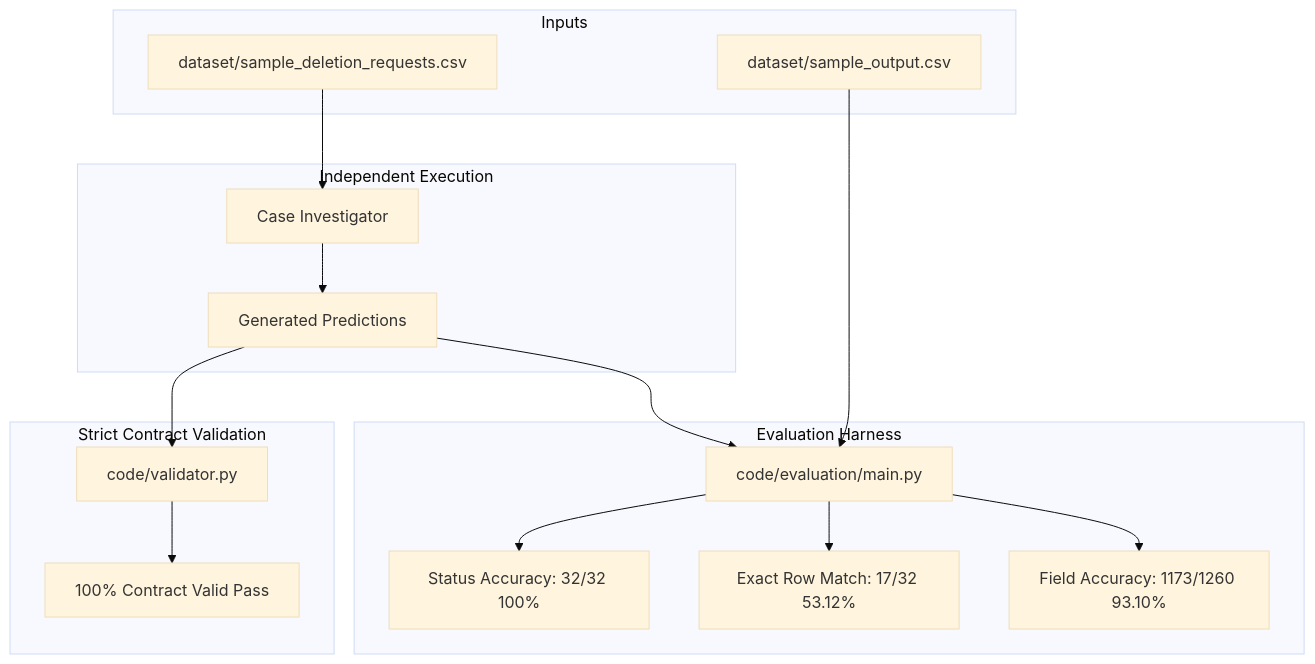
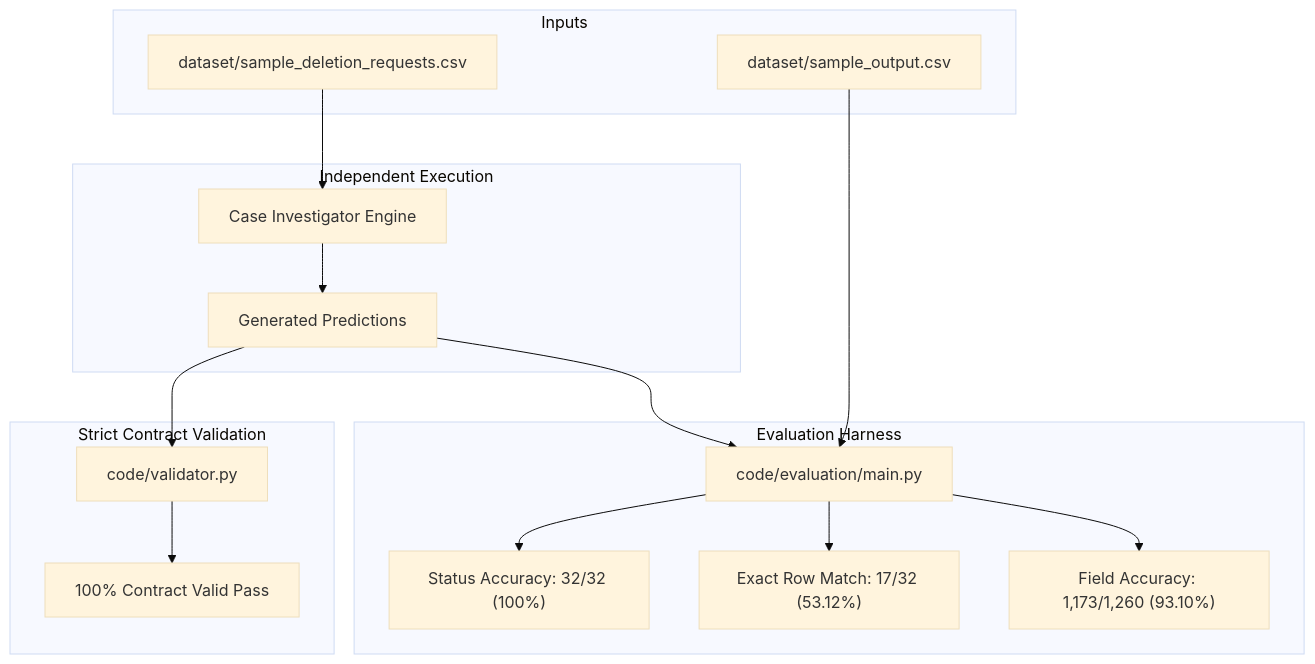
The third of 3 diagrams in README.md (aaryan2720/Ghost_data_detector), drawn with Mermaid (base theme) before and after one commit. The commit also changed other lines of this file and 4 other files, not shown here.

Commit message:
docs: update architecture diagrams in README and add detailed system architecture documentation

````diff
--- a/README.md
+++ b/README.md
@@ -136,25 +134,25 @@
 ```mermaid
-graph TD
-    subgraph Inputs
-        SAMPLE_REQ[dataset/sample_deletion_requests.csv]
-        SAMPLE_TRUTH[dataset/sample_output.csv]
+flowchart TD
+    subgraph sub_eval_in["Inputs"]
+        SAMPLE_REQ["dataset/sample_deletion_requests.csv"]
+        SAMPLE_TRUTH["dataset/sample_output.csv"]
     end
 
-    subgraph Independent Execution
-        SAMPLE_REQ --> ENGINE[Case Investigator]
-        ENGINE --> PRED[Generated Predictions]
+    subgraph sub_indep["Independent Execution"]
+        SAMPLE_REQ --> ENGINE["Case Investigator Engine"]
+        ENGINE --> PRED["Generated Predictions"]
     end
 
-    subgraph Evaluation Harness
-        PRED --> EVAL[code/evaluation/main.py]
+    subgraph sub_harness["Evaluation Harness"]
+        PRED --> EVAL["code/evaluation/main.py"]
         SAMPLE_TRUTH --> EVAL
-        EVAL --> S_ACC[Status Accuracy: 32/32 100%]
-        EVAL --> E_MATCH[Exact Row Match: 17/32 53.12%]
-        EVAL --> F_ACC[Field Accuracy: 1173/1260 93.10%]
+        EVAL --> S_ACC["Status Accuracy: 32/32 (100%)"]
+        EVAL --> E_MATCH["Exact Row Match: 17/32 (53.12%)"]
+        EVAL --> F_ACC["Field Accuracy: 1,173/1,260 (93.10%)"]
     end
 
-    subgraph Strict Contract Validation
-        PRED --> VAL[code/validator.py]
-        VAL --> PASS[100% Contract Valid Pass]
+    subgraph sub_contract["Strict Contract Validation"]
+        PRED --> VAL["code/validator.py"]
+        VAL --> PASS["100% Contract Valid Pass"]
     end
 ```
````
